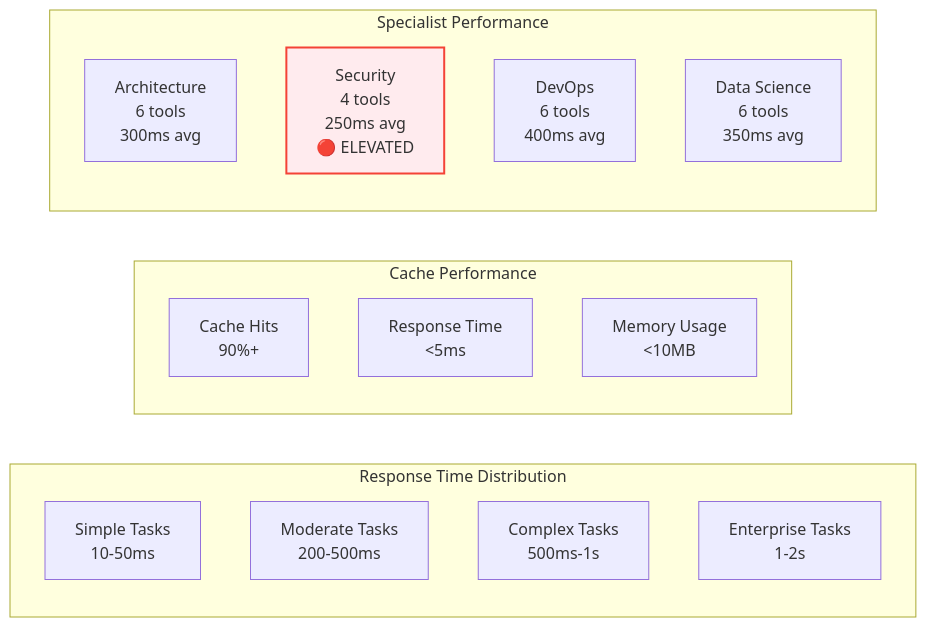
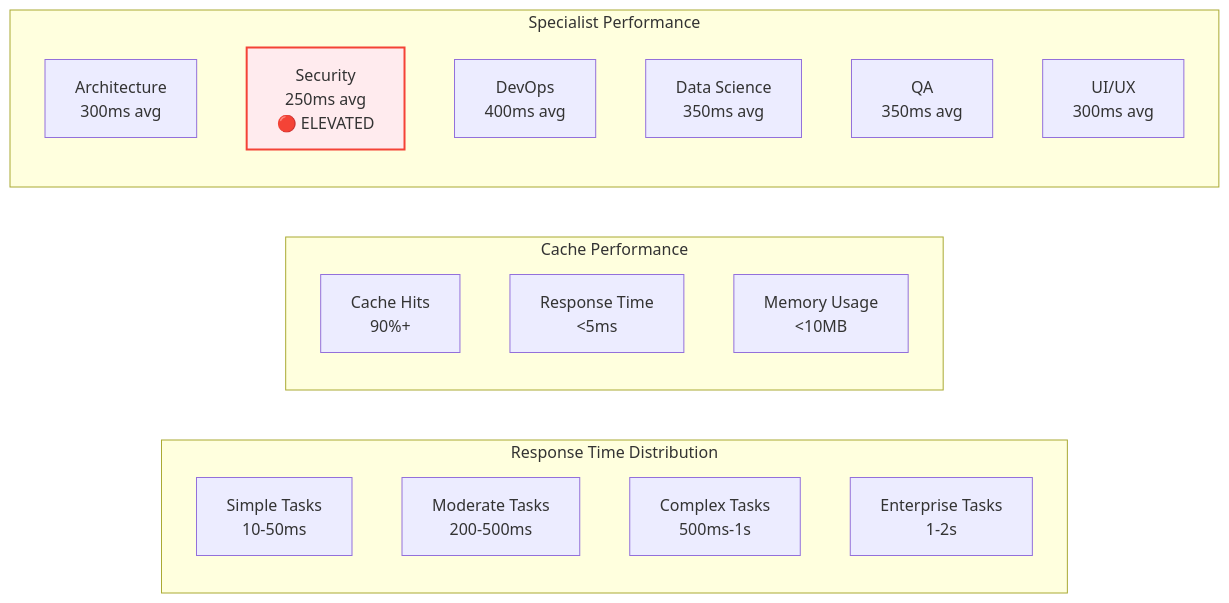
One commit to NickB03/vana changed the third of 5 diagrams in docs/ARCHITECTURE.md. Above: the diagram before and after it, drawn with Mermaid. The commit also changed other lines of this file and 5 other files, not shown here.

````diff
--- a/docs/ARCHITECTURE.md
+++ b/docs/ARCHITECTURE.md
@@ -143,24 +142,26 @@
 ```mermaid
 graph LR
     subgraph "Response Time Distribution"
         RT1[Simple Tasks<br/>10-50ms]
         RT2[Moderate Tasks<br/>200-500ms]
         RT3[Complex Tasks<br/>500ms-1s]
         RT4[Enterprise Tasks<br/>1-2s]
     end
     
     subgraph "Cache Performance"
         C1[Cache Hits<br/>90%+]
         C2[Response Time<br/><5ms]
         C3[Memory Usage<br/><10MB]
     end
     
     subgraph "Specialist Performance"
-        S1[Architecture<br/>6 tools<br/>300ms avg]
-        S2[Security<br/>4 tools<br/>250ms avg<br/>🔴 ELEVATED]
-        S3[DevOps<br/>6 tools<br/>400ms avg]
-        S4[Data Science<br/>6 tools<br/>350ms avg]
+        S1[Architecture<br/>300ms avg]
+        S2[Security<br/>250ms avg<br/>🔴 ELEVATED]
+        S3[DevOps<br/>400ms avg]
+        S4[Data Science<br/>350ms avg]
+        S5[QA<br/>350ms avg]
+        S6[UI/UX<br/>300ms avg]
     end
     
     style S2 fill:#ffebee,stroke:#f44336,stroke-width:2px
 ```
````
